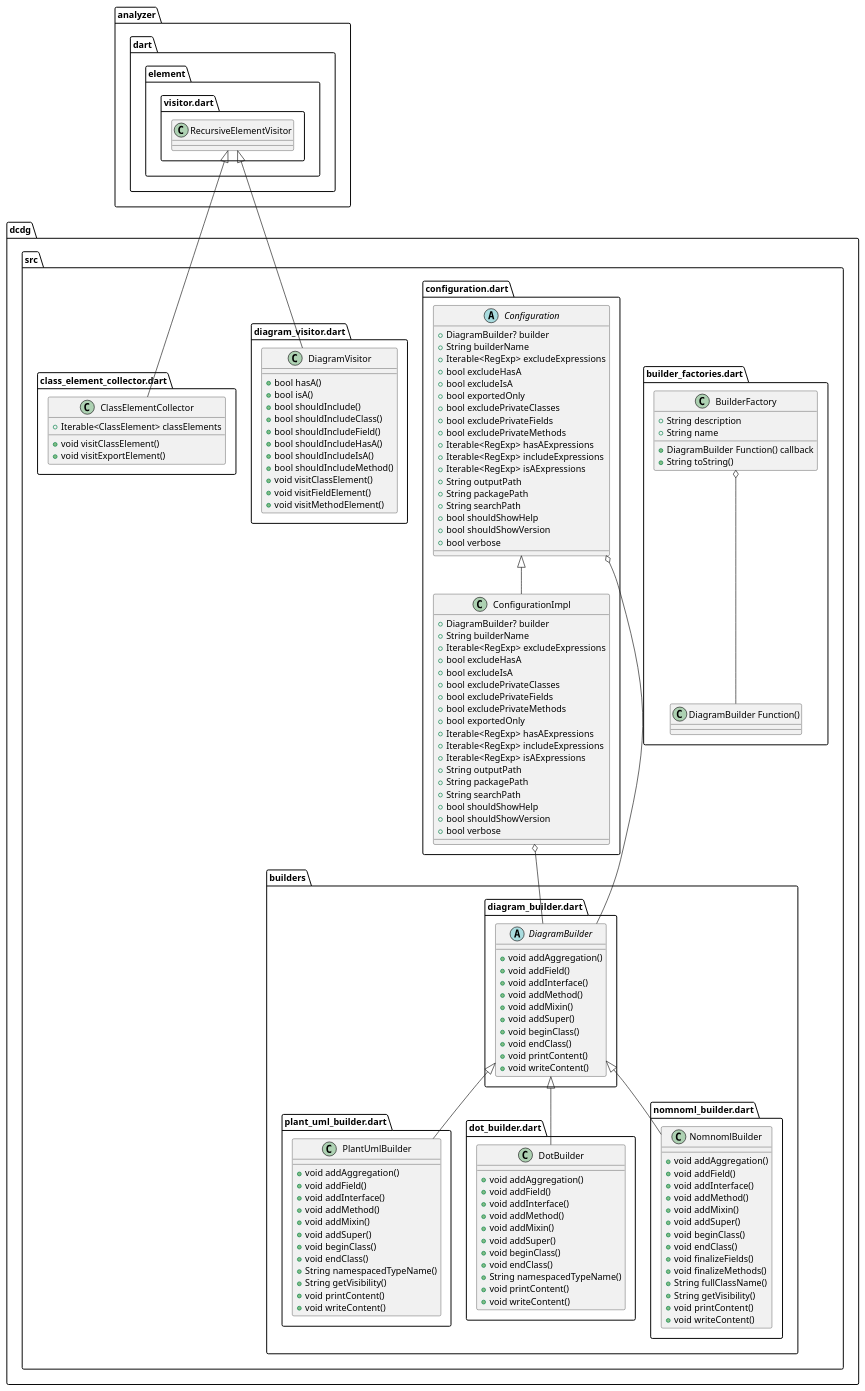
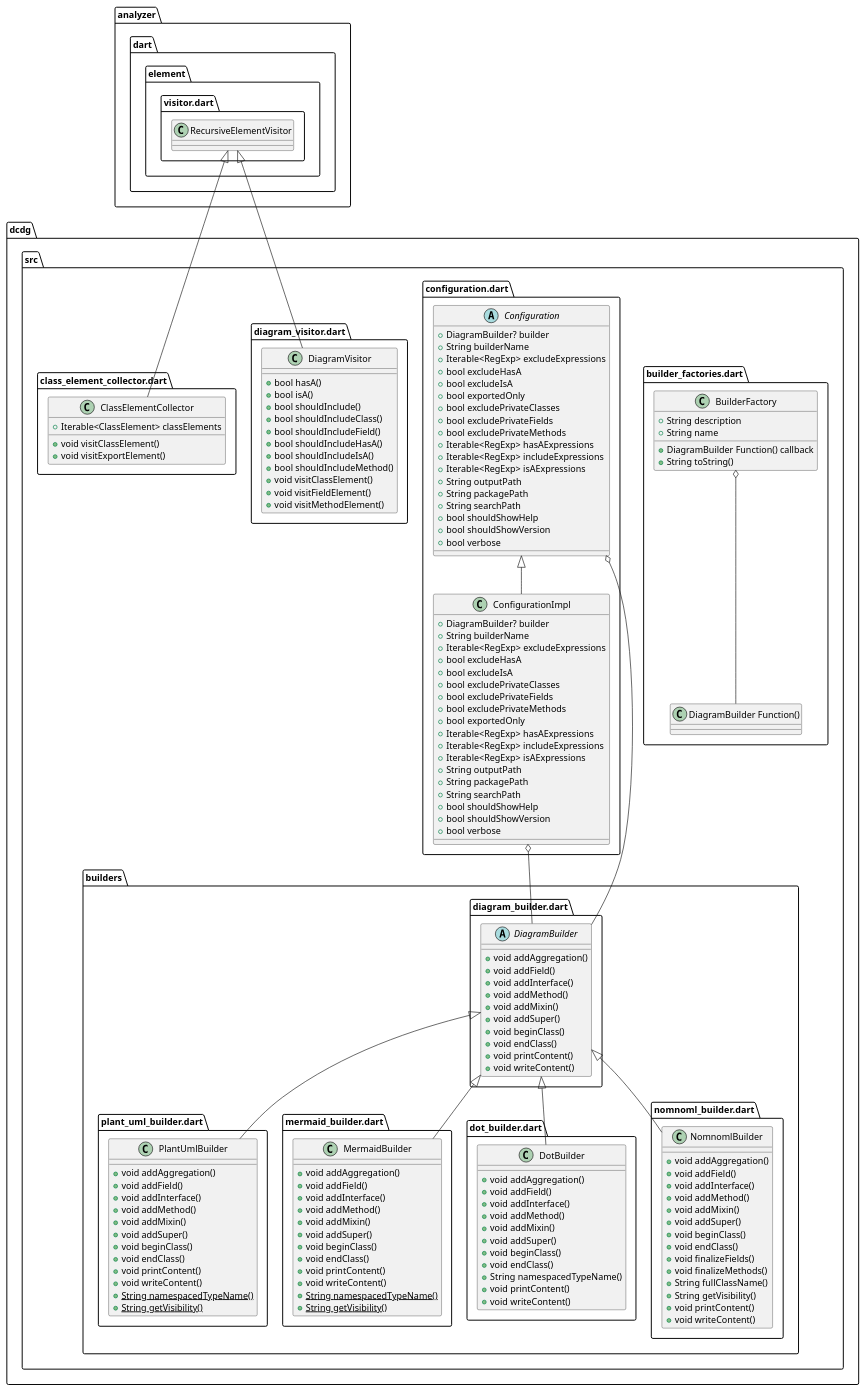
The diagram in example/dcdg.puml (glesica/dcdg.dart), drawn with PlantUML before and after one commit. The commit also changed 7 other files, not shown here.

```diff
--- a/example/dcdg.puml
+++ b/example/dcdg.puml
@@ -1,150 +1,167 @@
 @startuml
 set namespaceSeparator ::
 
 class "dcdg::src::builders::plant_uml_builder.dart::PlantUmlBuilder" {
   +void addAggregation()
   +void addField()
   +void addInterface()
   +void addMethod()
   +void addMixin()
   +void addSuper()
   +void beginClass()
   +void endClass()
-  +String namespacedTypeName()
-  +String getVisibility()
   +void printContent()
   +void writeContent()
+  {static} +String namespacedTypeName()
+  {static} +String getVisibility()
 }
 
 "dcdg::src::builders::diagram_builder.dart::DiagramBuilder" <|-- "dcdg::src::builders::plant_uml_builder.dart::PlantUmlBuilder"
+
+class "dcdg::src::builders::mermaid_builder.dart::MermaidBuilder" {
+  +void addAggregation()
+  +void addField()
+  +void addInterface()
+  +void addMethod()
+  +void addMixin()
+  +void addSuper()
+  +void beginClass()
+  +void endClass()
+  +void printContent()
+  +void writeContent()
+  {static} +String namespacedTypeName()
+  {static} +String getVisibility()
+}
+
+"dcdg::src::builders::diagram_builder.dart::DiagramBuilder" <|-- "dcdg::src::builders::mermaid_builder.dart::MermaidBuilder"
 
 class "dcdg::src::builders::dot_builder.dart::DotBuilder" {
   +void addAggregation()
   +void addField()
   +void addInterface()
   +void addMethod()
   +void addMixin()
   +void addSuper()
   +void beginClass()
   +void endClass()
   +String namespacedTypeName()
   +void printContent()
   +void writeContent()
 }
 
 "dcdg::src::builders::diagram_builder.dart::DiagramBuilder" <|-- "dcdg::src::builders::dot_builder.dart::DotBuilder"
 
 abstract class "dcdg::src::builders::diagram_builder.dart::DiagramBuilder" {
   +void addAggregation()
   +void addField()
   +void addInterface()
   +void addMethod()
   +void addMixin()
   +void addSuper()
   +void beginClass()
   +void endClass()
   +void printContent()
   +void writeContent()
 }
 
 class "dcdg::src::builders::nomnoml_builder.dart::NomnomlBuilder" {
   +void addAggregation()
   +void addField()
   +void addInterface()
   +void addMethod()
   +void addMixin()
   +void addSuper()
   +void beginClass()
   +void endClass()
   +void finalizeFields()
   +void finalizeMethods()
   +String fullClassName()
   +String getVisibility()
   +void printContent()
   +void writeContent()
 }
 
 "dcdg::src::builders::diagram_builder.dart::DiagramBuilder" <|-- "dcdg::src::builders::nomnoml_builder.dart::NomnomlBuilder"
 
 class "dcdg::src::builder_factories.dart::BuilderFactory" {
   +DiagramBuilder Function() callback
   +String description
   +String name
   +String toString()
 }
 
 "dcdg::src::builder_factories.dart::BuilderFactory" o-- "dcdg::src::builder_factories.dart::DiagramBuilder Function()"
 
 abstract class "dcdg::src::configuration.dart::Configuration" {
   +DiagramBuilder? builder
   +String builderName
   +Iterable<RegExp> excludeExpressions
   +bool excludeHasA
   +bool excludeIsA
   +bool exportedOnly
   +bool excludePrivateClasses
   +bool excludePrivateFields
   +bool excludePrivateMethods
   +Iterable<RegExp> hasAExpressions
   +Iterable<RegExp> includeExpressions
   +Iterable<RegExp> isAExpressions
   +String outputPath
   +String packagePath
   +String searchPath
   +bool shouldShowHelp
   +bool shouldShowVersion
   +bool verbose
 }
 
 "dcdg::src::configuration.dart::Configuration" o-- "dcdg::src::builders::diagram_builder.dart::DiagramBuilder"
 
 class "dcdg::src::configuration.dart::ConfigurationImpl" {
   +DiagramBuilder? builder
   +String builderName
   +Iterable<RegExp> excludeExpressions
   +bool excludeHasA
   +bool excludeIsA
   +bool excludePrivateClasses
   +bool excludePrivateFields
   +bool excludePrivateMethods
   +bool exportedOnly
   +Iterable<RegExp> hasAExpressions
   +Iterable<RegExp> includeExpressions
   +Iterable<RegExp> isAExpressions
   +String outputPath
   +String packagePath
   +String searchPath
   +bool shouldShowHelp
   +bool shouldShowVersion
   +bool verbose
 }
 
 "dcdg::src::configuration.dart::ConfigurationImpl" o-- "dcdg::src::builders::diagram_builder.dart::DiagramBuilder"
 "dcdg::src::configuration.dart::Configuration" <|-- "dcdg::src::configuration.dart::ConfigurationImpl"
 
 class "dcdg::src::diagram_visitor.dart::DiagramVisitor" {
   +bool hasA()
   +bool isA()
   +bool shouldInclude()
   +bool shouldIncludeClass()
   +bool shouldIncludeField()
   +bool shouldIncludeHasA()
   +bool shouldIncludeIsA()
   +bool shouldIncludeMethod()
   +void visitClassElement()
   +void visitFieldElement()
   +void visitMethodElement()
 }
 
 "analyzer::dart::element::visitor.dart::RecursiveElementVisitor" <|-- "dcdg::src::diagram_visitor.dart::DiagramVisitor"
 
 class "dcdg::src::class_element_collector.dart::ClassElementCollector" {
   +Iterable<ClassElement> classElements
   +void visitClassElement()
   +void visitExportElement()
 }
 
 "analyzer::dart::element::visitor.dart::RecursiveElementVisitor" <|-- "dcdg::src::class_element_collector.dart::ClassElementCollector"
 
 
 @enduml
```
